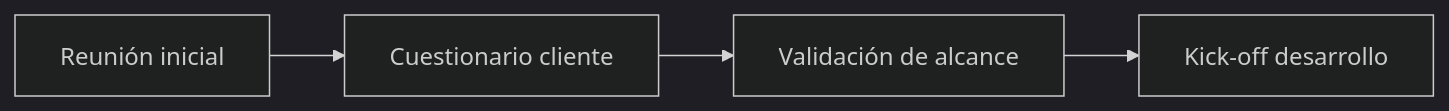
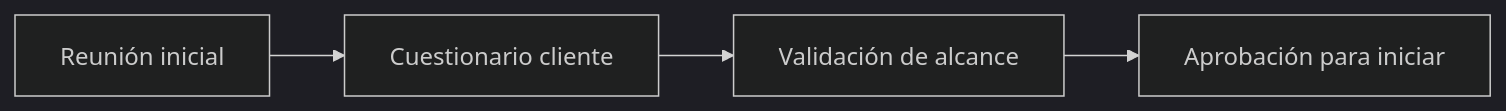
The third of 8 diagrams in roadmap.md (erikaluciafuertes/Project-Proposals), drawn with Mermaid (dark theme) before and after one commit. The commit also changed other lines of this file, not shown here.

Commit message:
refinamiento del roadmap con mayor detalle por fase y criterios de éxito

````diff
--- a/roadmap.md
+++ b/roadmap.md
@@ -112,6 +118,6 @@
 ```mermaid
 flowchart LR
     A[Reunión inicial] --> B[Cuestionario cliente]
     B --> C[Validación de alcance]
-    C --> D[Kick-off desarrollo]
+    C --> D[Aprobación para iniciar]
 ```
````
